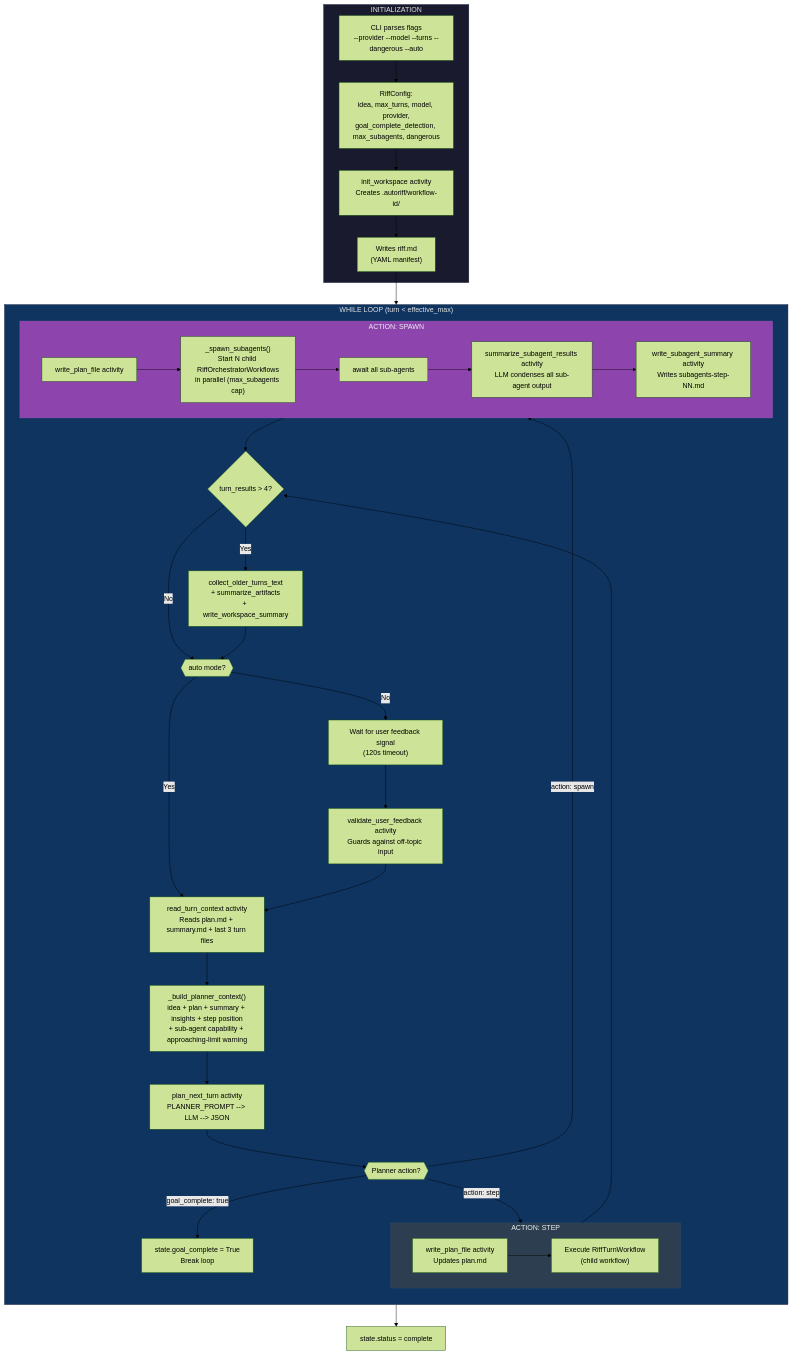
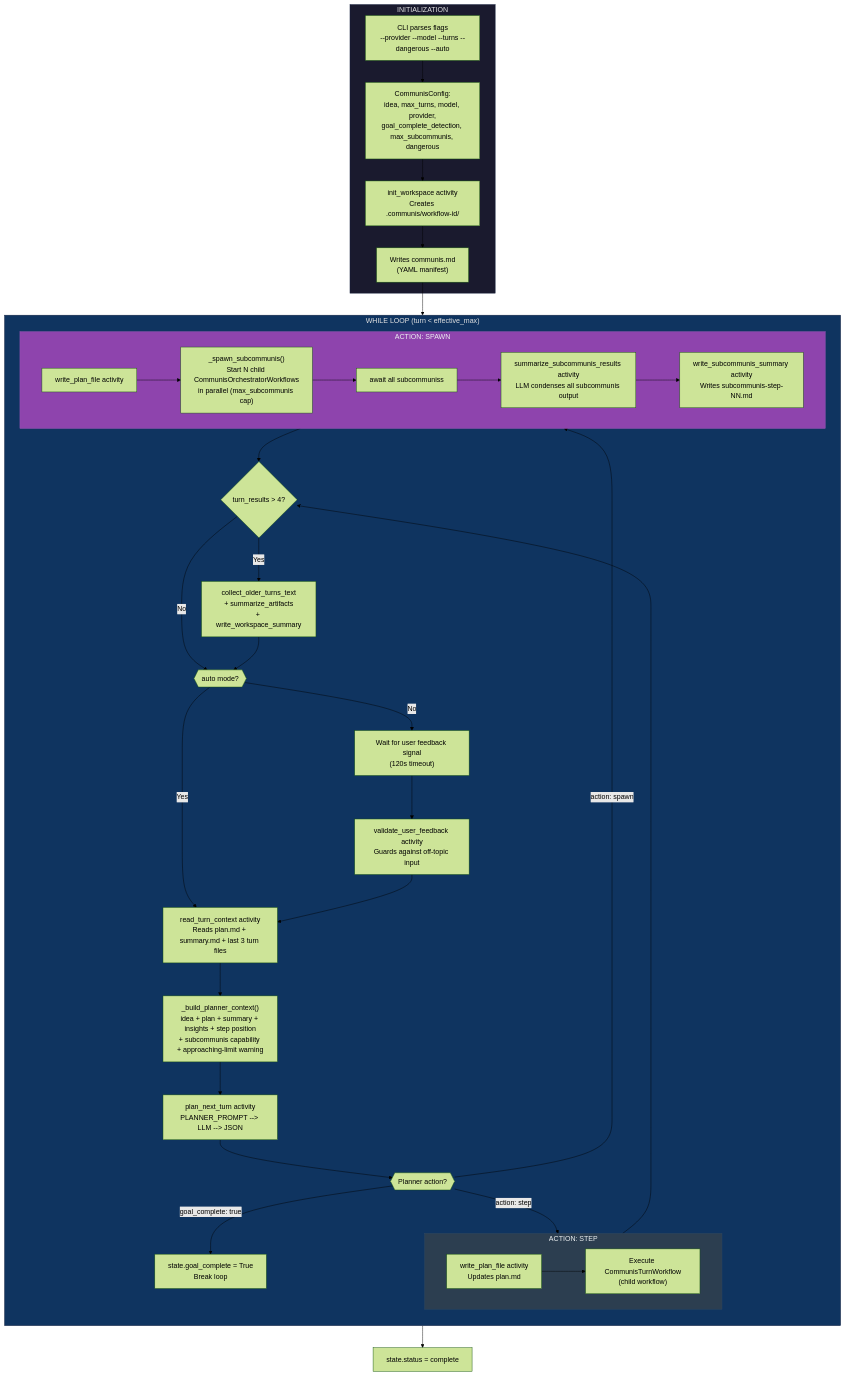
Before and after one commit to andrewjlavoie/communis-agent: the first of 6 diagrams in docs/process-diagram-b9e8516e.md, drawn with Mermaid (forest theme). The commit also changed other lines of this file and 25 other files, not shown here.

First line of the commit message:
Rename project from autoRiff to communis

````diff
--- a/docs/process-diagram-b9e8516e.md
+++ b/docs/process-diagram-b9e8516e.md
@@ -11,64 +11,64 @@
 ```mermaid
 flowchart TD
     subgraph INIT["INITIALIZATION"]
         CLI["CLI parses flags<br/>--provider --model --turns --dangerous --auto"]
-        RC["RiffConfig:<br/>idea, max_turns, model, provider,<br/>goal_complete_detection, max_subagents, dangerous"]
-        IW["init_workspace activity<br/>Creates .autoriff/workflow-id/"]
-        RIFF["Writes riff.md<br/>(YAML manifest)"]
+        RC["CommunisConfig:<br/>idea, max_turns, model, provider,<br/>goal_complete_detection, max_subcommunis, dangerous"]
+        IW["init_workspace activity<br/>Creates .communis/workflow-id/"]
+        RIFF["Writes communis.md<br/>(YAML manifest)"]
         CLI --> RC --> IW --> RIFF
     end
 
     RIFF --> LOOP
 
     subgraph LOOP["WHILE LOOP (turn < effective_max)"]
         direction TB
         RCTX["read_turn_context activity<br/>Reads plan.md + summary.md + last 3 turn files"]
-        BPC["_build_planner_context()<br/>idea + plan + summary + insights + step position<br/>+ sub-agent capability + approaching-limit warning"]
+        BPC["_build_planner_context()<br/>idea + plan + summary + insights + step position<br/>+ subcommunis capability + approaching-limit warning"]
         PLAN["plan_next_turn activity<br/>PLANNER_PROMPT --> LLM --> JSON"]
 
         RCTX --> BPC --> PLAN
 
         DECIDE{{"Planner action?"}}
         PLAN --> DECIDE
 
         DECIDE -->|"goal_complete: true"| GOAL_DONE["state.goal_complete = True<br/>Break loop"]
         DECIDE -->|"action: step"| STEP
         DECIDE -->|"action: spawn"| SPAWN
 
         subgraph STEP["ACTION: STEP"]
             WPF["write_plan_file activity<br/>Updates plan.md"]
-            CHILD["Execute RiffTurnWorkflow<br/>(child workflow)"]
+            CHILD["Execute CommunisTurnWorkflow<br/>(child workflow)"]
             WPF --> CHILD
         end
 
         subgraph SPAWN["ACTION: SPAWN"]
             WPF2["write_plan_file activity"]
-            SUBS["_spawn_subagents()<br/>Start N child RiffOrchestratorWorkflows<br/>in parallel (max_subagents cap)"]
-            WAIT["await all sub-agents"]
-            SUMSA["summarize_subagent_results activity<br/>LLM condenses all sub-agent output"]
-            WSS["write_subagent_summary activity<br/>Writes subagents-step-NN.md"]
+            SUBS["_spawn_subcommunis()<br/>Start N child CommunisOrchestratorWorkflows<br/>in parallel (max_subcommunis cap)"]
+            WAIT["await all subcommuniss"]
+            SUMSA["summarize_subcommunis_results activity<br/>LLM condenses all subcommunis output"]
+            WSS["write_subcommunis_summary activity<br/>Writes subcommunis-step-NN.md"]
             WPF2 --> SUBS --> WAIT --> SUMSA --> WSS
         end
 
         SUMCHECK{"turn_results > 4?"}
         STEP --> SUMCHECK
         SPAWN --> SUMCHECK
 
         SUMCHECK -->|Yes| COLLECT["collect_older_turns_text<br/>+ summarize_artifacts<br/>+ write_workspace_summary"]
         SUMCHECK -->|No| FEEDBACK
         COLLECT --> FEEDBACK
 
         FEEDBACK{{"auto mode?"}}
         FEEDBACK -->|Yes| RCTX
         FEEDBACK -->|No| WAIT_FB["Wait for user feedback signal<br/>(120s timeout)"]
         WAIT_FB --> VALIDATE["validate_user_feedback activity<br/>Guards against off-topic input"]
         VALIDATE --> RCTX
     end
 
     GOAL_DONE --> COMPLETE["state.status = complete"]
 
     style INIT fill:#1a1a2e,stroke:#16213e,color:#e2e2e2
     style LOOP fill:#0f3460,stroke:#16213e,color:#e2e2e2
     style STEP fill:#2c3e50,stroke:#34495e,color:#ecf0f1
     style SPAWN fill:#8e44ad,stroke:#9b59b6,color:#ecf0f1
 ```
````
